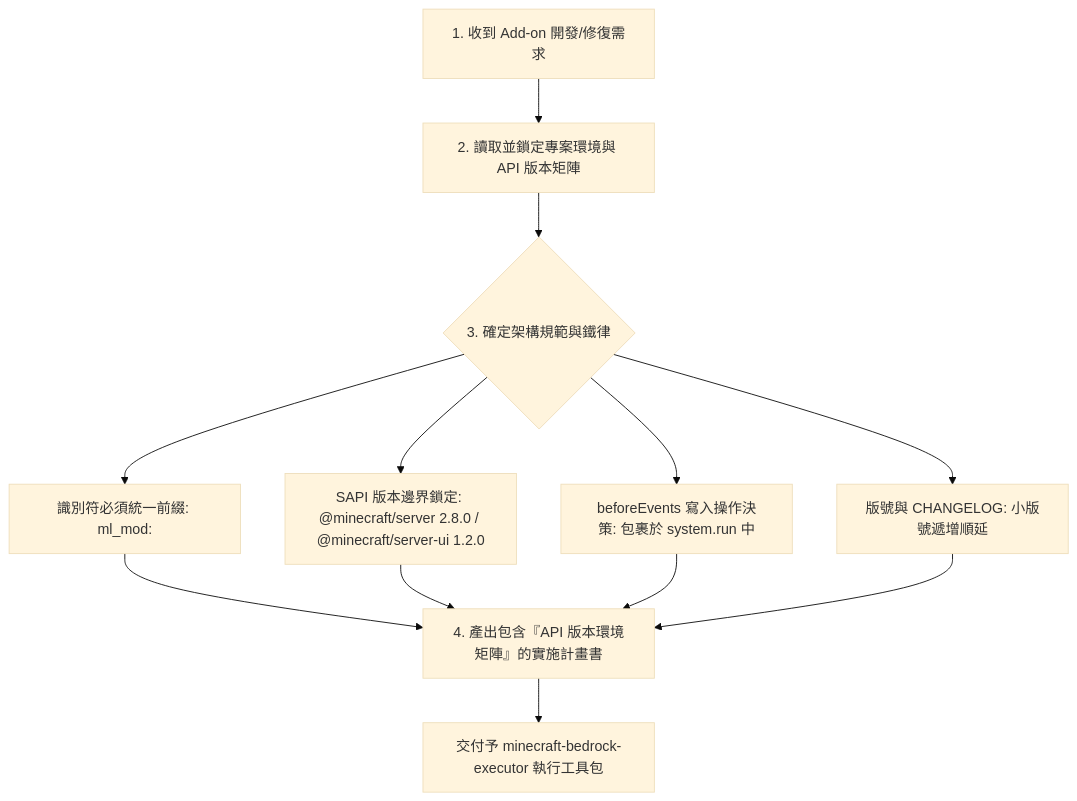
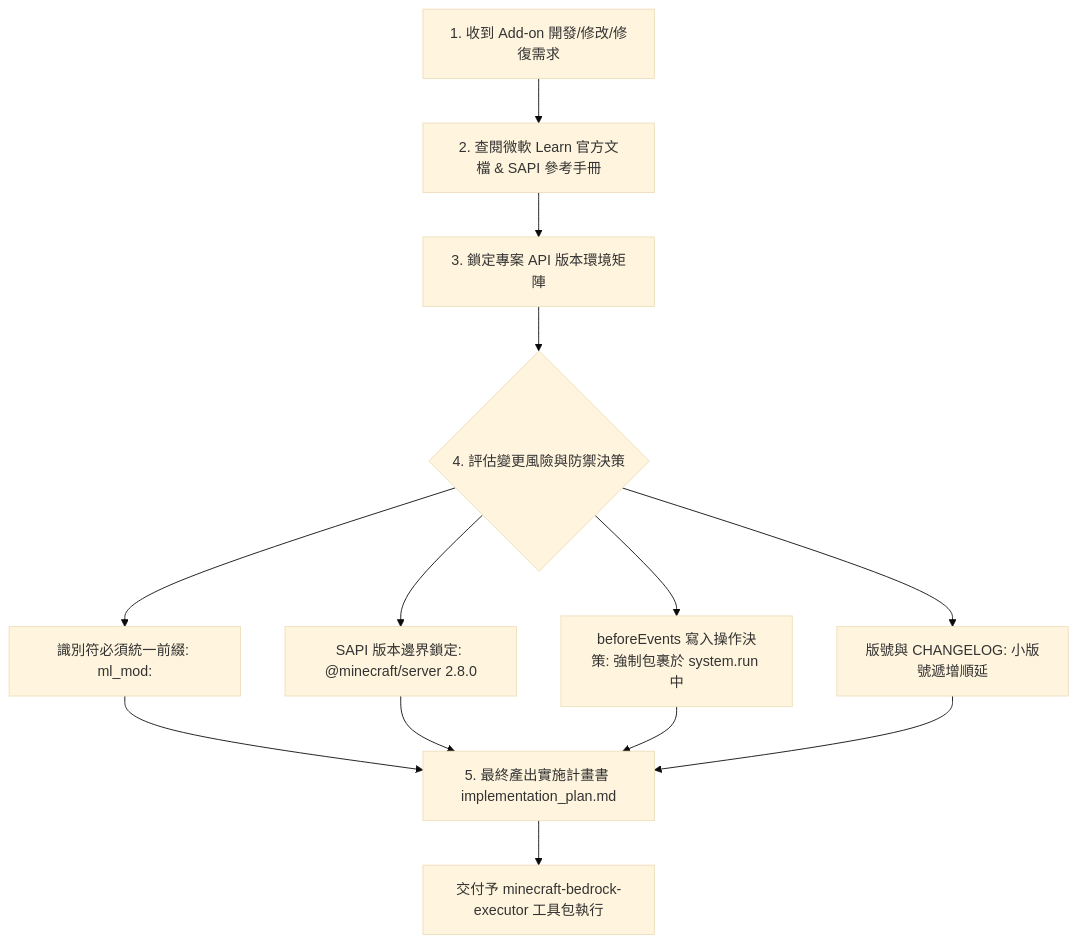
One commit to hi-6688/ml_addon changed the diagram in .agents/skills/minecraft-bedrock-planner/SKILL.md. Above: the diagram before and after it, drawn with Mermaid (base theme). The commit also changed other lines of this file, not shown here.

Commit message:
重構: 明確 planner 技能決策樹（含查閱微軟 Learn 文檔）與最終目的為撰寫計畫書

````diff
--- a/.agents/skills/minecraft-bedrock-planner/SKILL.md
+++ b/.agents/skills/minecraft-bedrock-planner/SKILL.md
@@ -18,11 +20,14 @@
 ```mermaid
 graph TD
-    A[1. 收到 Add-on 開發/修復需求] --> B[2. 讀取並鎖定專案環境與 API 版本矩陣]
-    B --> C{3. 確定架構規範與鐵律}
-    C --> C1[識別符必須統一前綴: ml_mod:]
-    C --> C2[SAPI 版本邊界鎖定: @minecraft/server 2.8.0 / @minecraft/server-ui 1.2.0]
-    C --> C3[beforeEvents 寫入操作決策: 包裹於 system.run 中]
-    C --> C4[版號與 CHANGELOG: 小版號遞增順延]
-    C1 & C2 & C3 & C4 --> D[4. 產出包含『API 版本環境矩陣』的實施計畫書]
-    D --> E[交付予 minecraft-bedrock-executor 執行工具包]
+    A[1. 收到 Add-on 開發/修改/修復需求] --> B[2. 查閱微軟 Learn 官方文檔 & SAPI 參考手冊]
+    B --> C[3. 鎖定專案 API 版本環境矩陣]
+    C --> D{4. 評估變更風險與防禦決策}
+    
+    D --> D1[識別符必須統一前綴: ml_mod:]
+    D --> D2[SAPI 版本邊界鎖定: @minecraft/server 2.8.0]
+    D --> D3[beforeEvents 寫入操作決策: 強制包裹於 system.run 中]
+    D --> D4[版號與 CHANGELOG: 小版號遞增順延]
+    
+    D1 & D2 & D3 & D4 --> E[5. 最終產出實施計畫書 implementation_plan.md]
+    E --> F[交付予 minecraft-bedrock-executor 工具包執行]
 ```
````
